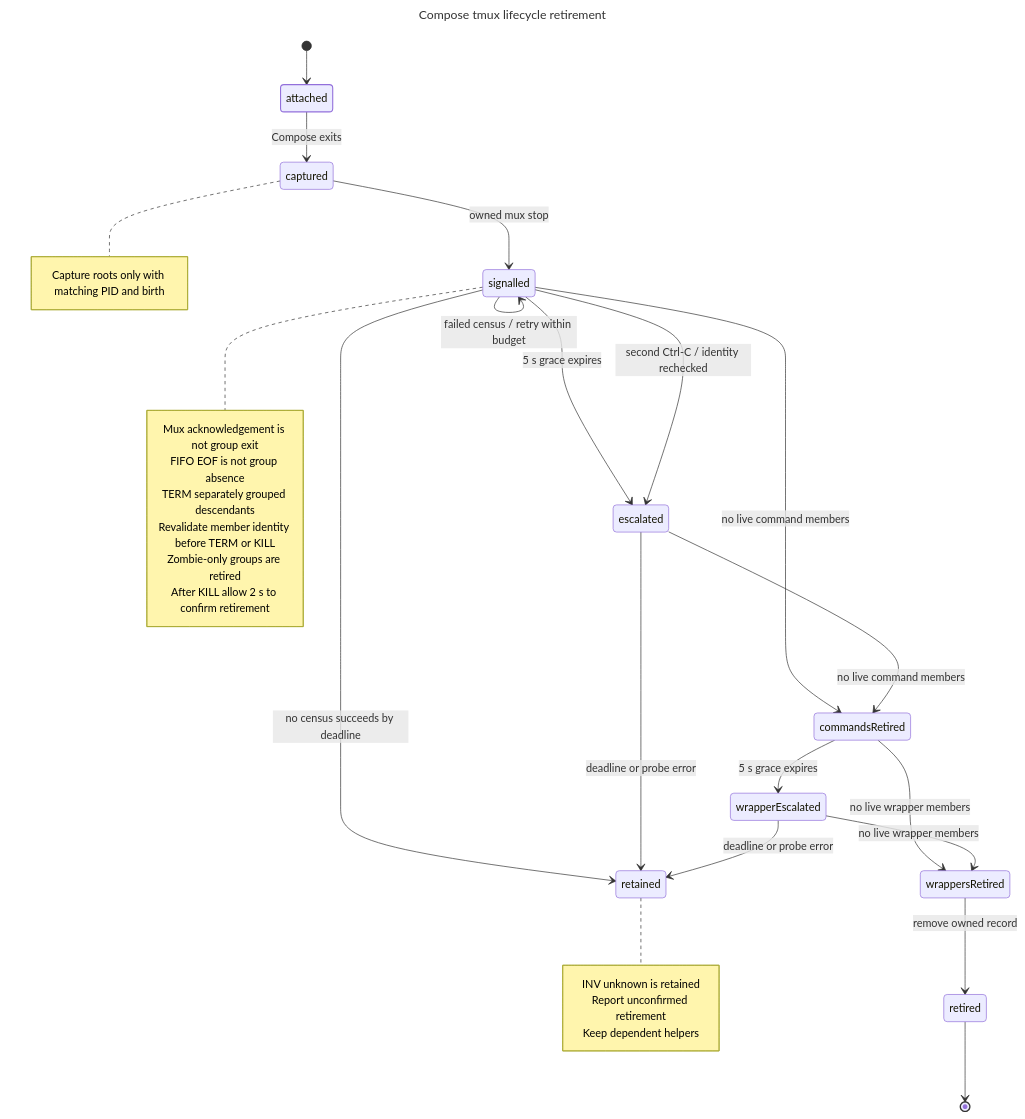
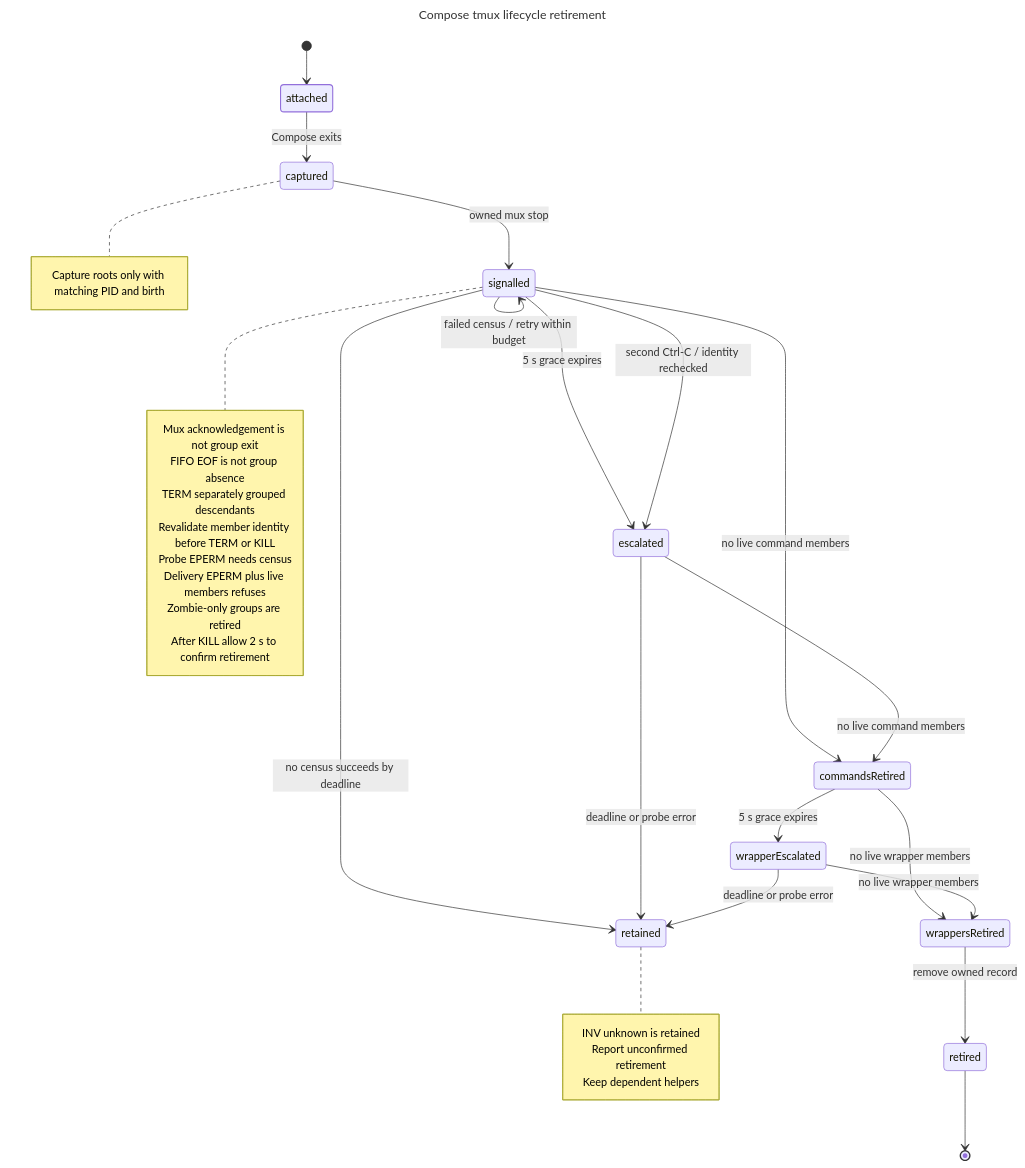
The diagram in docs/diagrams/compose-lifecycle-retirement.mmd (hack-dance/hack), drawn with Mermaid before and after one commit. The commit also changed 7 other files, not shown here.

```diff
--- a/docs/diagrams/compose-lifecycle-retirement.mmd
+++ b/docs/diagrams/compose-lifecycle-retirement.mmd
@@ -1,42 +1,44 @@
 ---
 title: Compose tmux lifecycle retirement
 ---
 stateDiagram-v2
   direction TB
   [*] --> attached
   attached --> captured : Compose exits
   captured --> signalled : owned mux stop
   signalled --> commandsRetired : no live command members
   signalled --> signalled : failed census / retry within budget
   signalled --> retained : no census succeeds by deadline
   signalled --> escalated : 5 s grace expires
   signalled --> escalated : second Ctrl-C / identity rechecked
   escalated --> commandsRetired : no live command members
   escalated --> retained : deadline or probe error
   commandsRetired --> wrappersRetired : no live wrapper members
   commandsRetired --> wrapperEscalated : 5 s grace expires
   wrapperEscalated --> wrappersRetired : no live wrapper members
   wrapperEscalated --> retained : deadline or probe error
   wrappersRetired --> retired : remove owned record
   retired --> [*]
   note right of retained
     INV unknown is retained
     Report unconfirmed retirement
     Keep dependent helpers
   end note
   note right of signalled
     Mux acknowledgement is not group exit
     FIFO EOF is not group absence
     TERM separately grouped descendants
     Revalidate member identity before TERM or KILL
+    Probe EPERM needs census
+    Delivery EPERM plus live members refuses
     Zombie-only groups are retired
     After KILL allow 2 s to confirm retirement
   end note
   note right of captured
     Capture roots only with matching PID and birth
   end note
   classDef live stroke-width:1.6px
   class attached live
   class signalled,escalated,commandsRetired,wrapperEscalated wait
   class wrappersRetired,retired ok
   class retained fail
```
